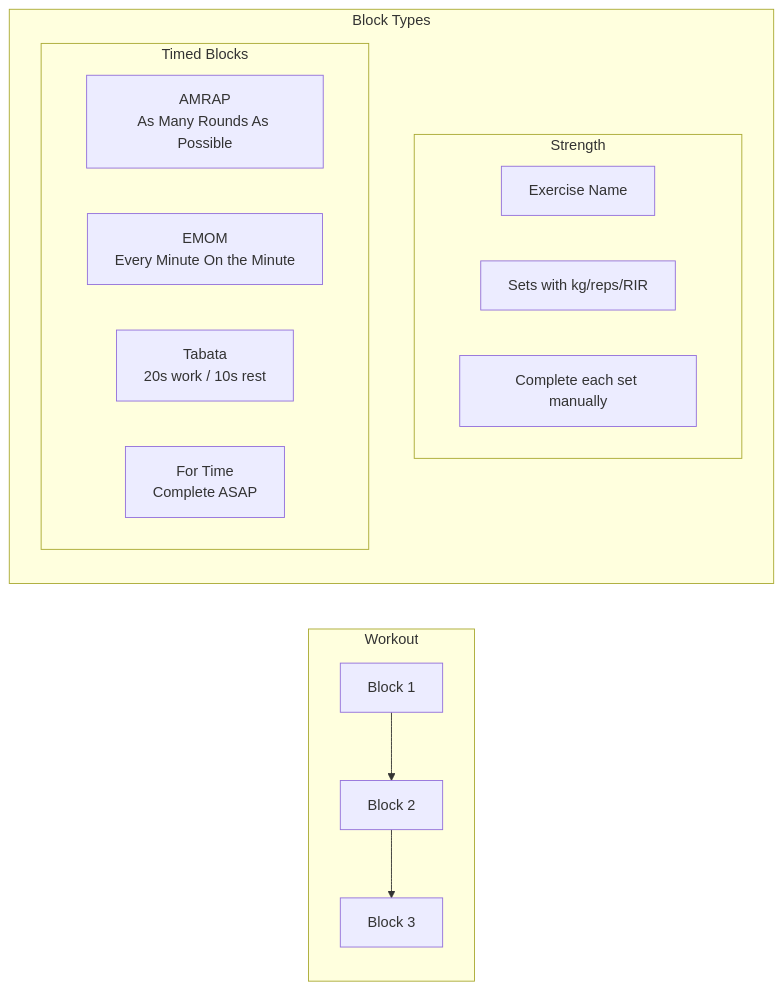
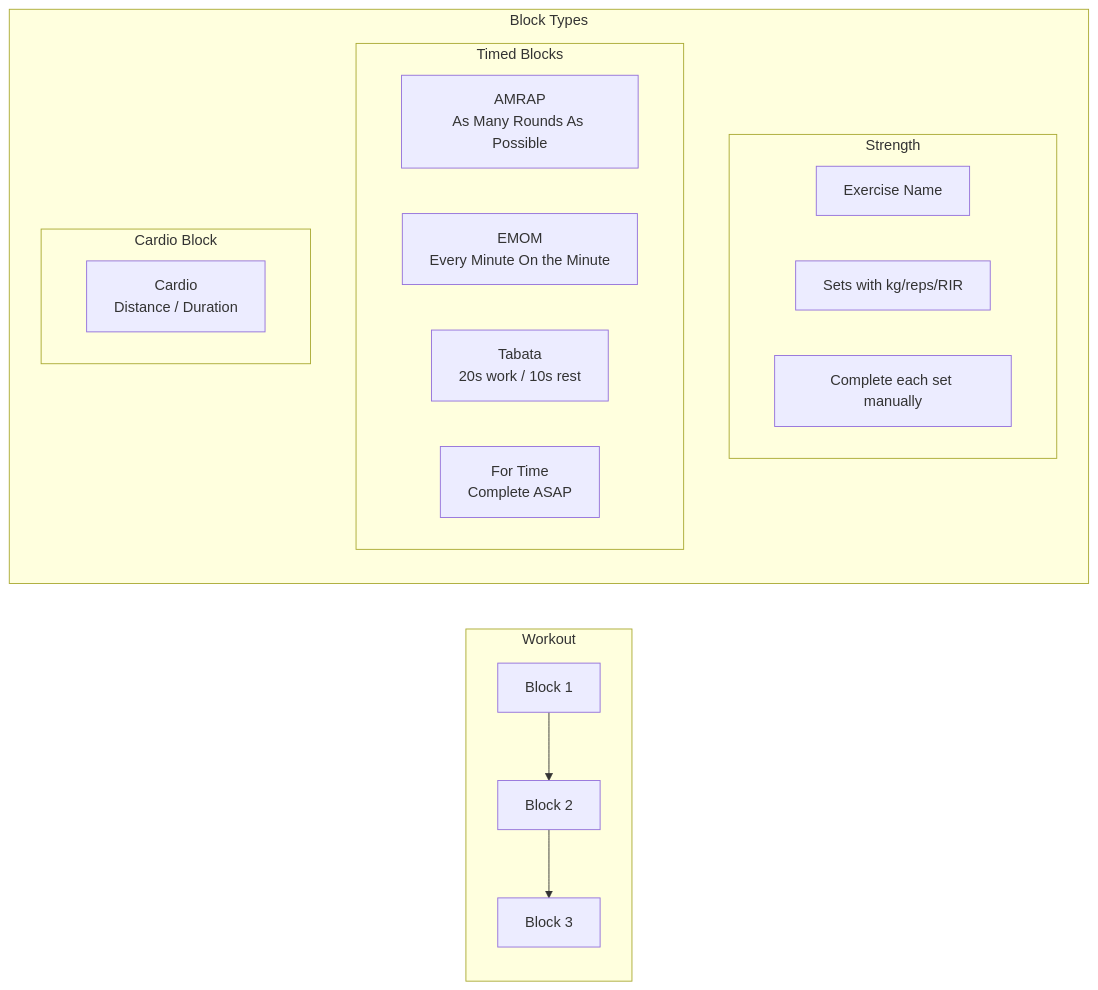
The second of 7 diagrams in brain/reference/PRODUCT_FEATURES.md (alexanderop/workoutTracker), drawn with Mermaid before and after one commit. The commit also changed other lines of this file and 21 other files, not shown here.

````diff
--- a/brain/reference/PRODUCT_FEATURES.md
+++ b/brain/reference/PRODUCT_FEATURES.md
@@ -238,27 +240,31 @@
 ```mermaid
 flowchart LR
     subgraph Workout
         direction TB
         Block1[Block 1]
         Block2[Block 2]
         Block3[Block 3]
         Block1 --> Block2 --> Block3
     end
 
     subgraph "Block Types"
         direction TB
 
         subgraph Strength
             S1[Exercise Name]
             S2[Sets with kg/reps/RIR]
             S3[Complete each set manually]
         end
 
         subgraph "Timed Blocks"
             AMRAP[AMRAP<br/>As Many Rounds As Possible]
             EMOM[EMOM<br/>Every Minute On the Minute]
             Tabata[Tabata<br/>20s work / 10s rest]
             ForTime[For Time<br/>Complete ASAP]
         end
+
+        subgraph "Cardio Block"
+            Cardio[Cardio<br/>Distance / Duration]
+        end
     end
 ```
````
